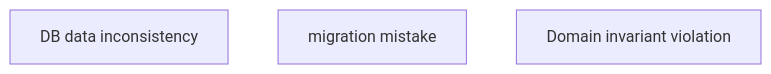
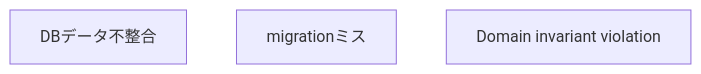
Diagram 11 of 13 in internal/infrastructure/rdb/repository/README.md (Tomy-ch/go-boilerplate), drawn with Mermaid before and after one commit. The commit also changed other lines of this file and 970 other files, not shown here.

````diff
--- a/internal/infrastructure/rdb/repository/README.md
+++ b/internal/infrastructure/rdb/repository/README.md
@@ -617,6 +625,6 @@
 ```mermaid
 flowchart TB
-    A["DB data inconsistency"]
-    B["migration mistake"]
+    A["DBデータ不整合"]
+    B["migrationミス"]
     C["Domain invariant violation"]
 ```
````
